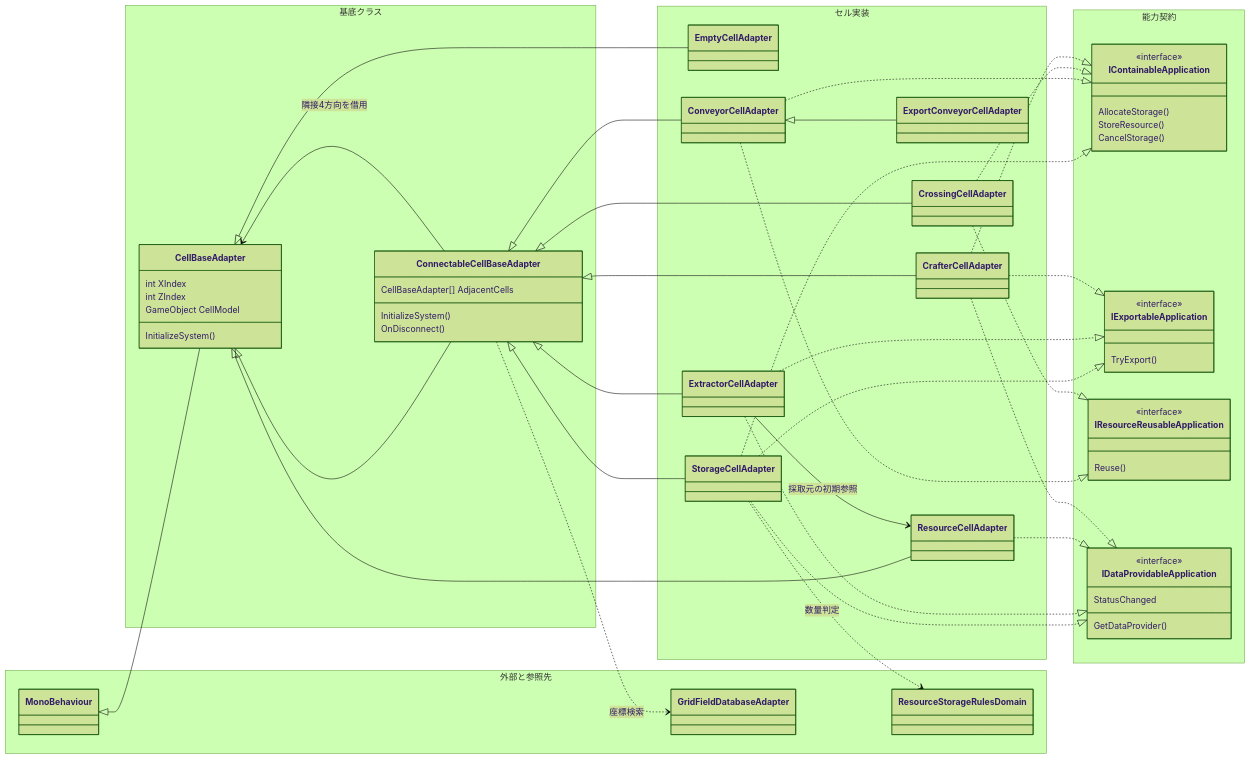
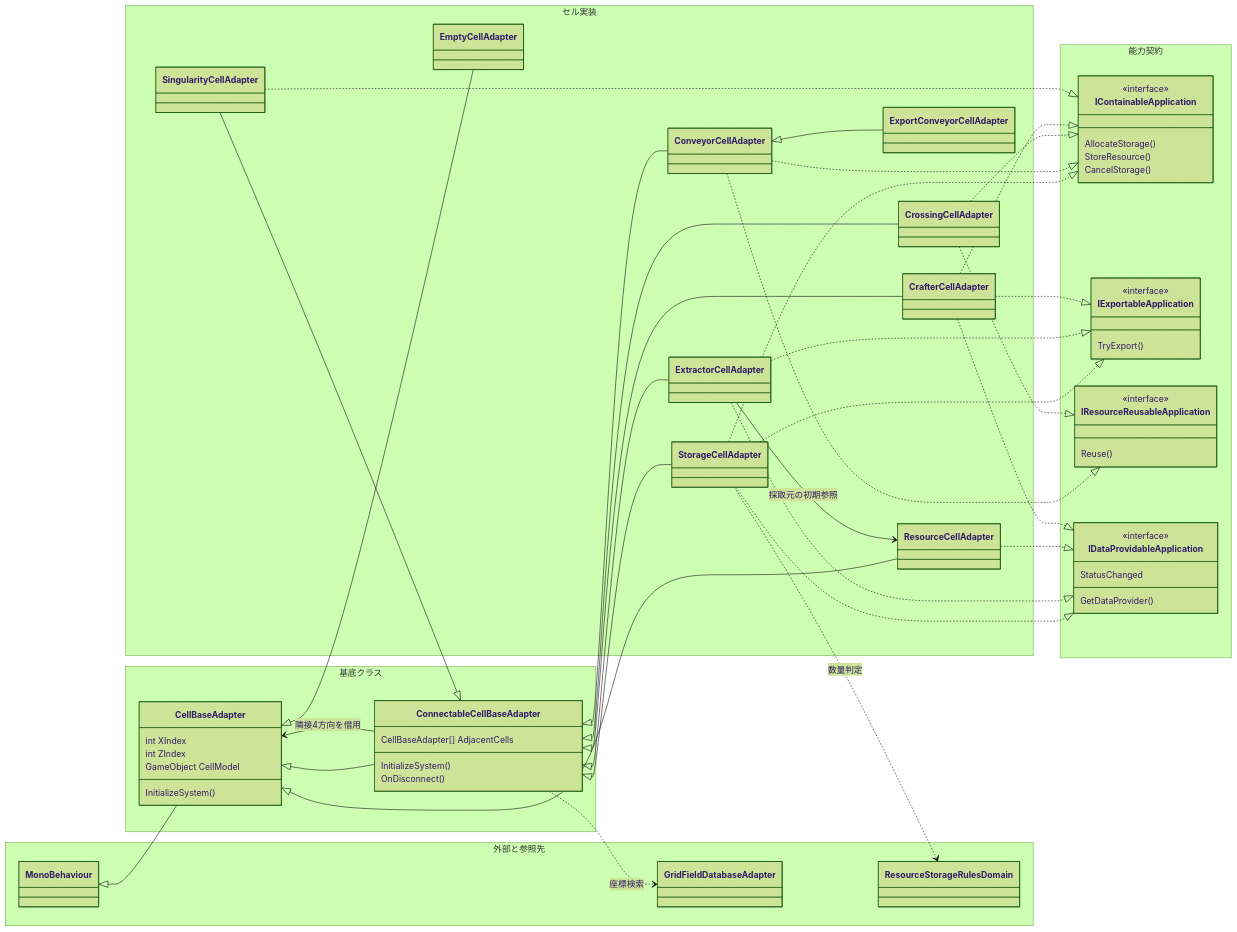
The first of 2 diagrams in docs/design/architecture-cells-grid.md (AoiTomiyama/FactoryGame), drawn with Mermaid (forest theme) before and after one commit. The commit also changed 30 other files, not shown here.

````diff
--- a/docs/design/architecture-cells-grid.md
+++ b/docs/design/architecture-cells-grid.md
@@ -33,6 +33,7 @@
  class ConveyorCellAdapter
  class ExportConveyorCellAdapter
  class CrossingCellAdapter
+ class SingularityCellAdapter
  class CrafterCellAdapter
  }
  namespace 能力契約 {
@@ -94,4 +95,6 @@
  ConnectableCellBaseAdapter ..> GridFieldDatabaseAdapter : 座標検索
  StorageCellAdapter ..> ResourceStorageRulesDomain : 数量判定
  ExtractorCellAdapter --> ResourceCellAdapter : 採取元の初期参照
+ SingularityCellAdapter --|> ConnectableCellBaseAdapter
+ SingularityCellAdapter ..|> IContainableApplication
 ```
````
